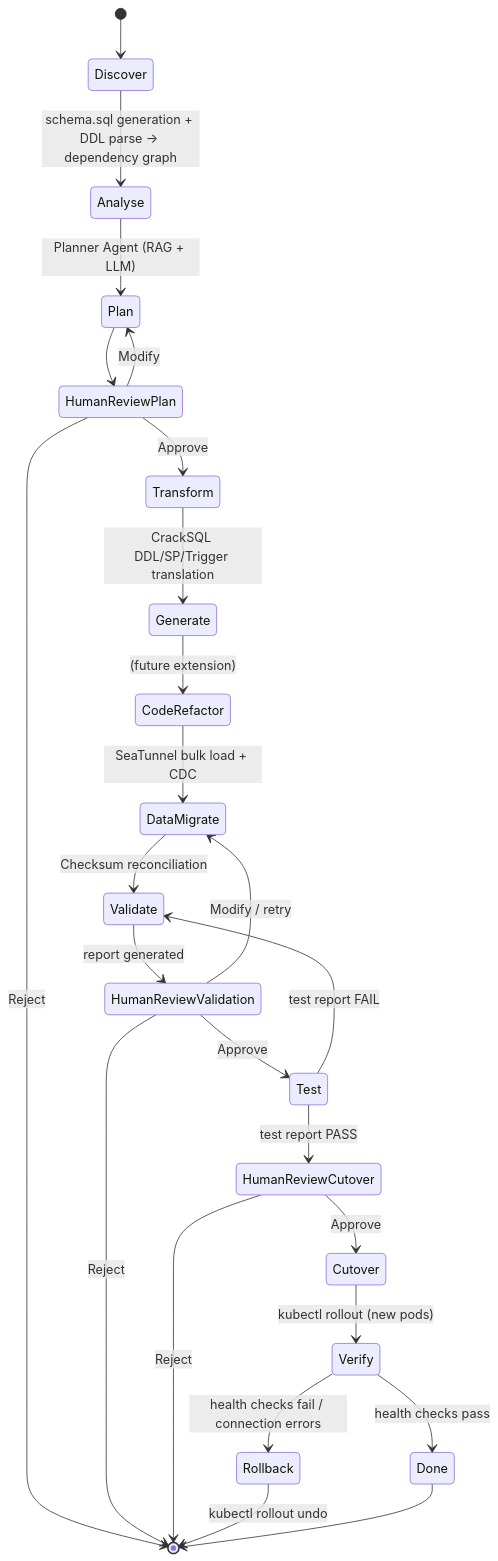
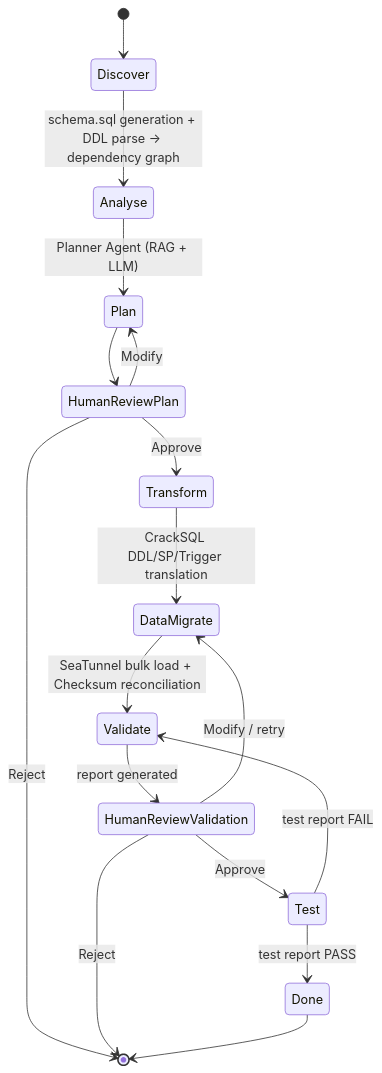
Before and after one commit to dev-patel-ness/Agentic-AI-Database-Migration: the fourth of 15 diagrams in docs/architecture.md, drawn with Mermaid. The commit also changed other lines of this file and 7 other files, not shown here.

Commit message:
Remove implementation plan and job ID file; update PowerPoint outline with detailed architecture, workflow, and demo scenarios for the Agentic AI-Powered Database Migration Platform.

````diff
--- a/docs/architecture.md
+++ b/docs/architecture.md
@@ -281,35 +257,24 @@
 ```mermaid
 stateDiagram-v2
     [*] --> Discover
     Discover --> Analyse: schema.sql generation + DDL parse -> dependency graph
     Analyse --> Plan: Planner Agent (RAG + LLM)
     Plan --> HumanReviewPlan
 
     HumanReviewPlan --> Transform: Approve
     HumanReviewPlan --> Plan: Modify
     HumanReviewPlan --> [*]: Reject
 
-    Transform --> Generate: CrackSQL DDL/SP/Trigger translation
-    Generate --> CodeRefactor: (future extension)
-    CodeRefactor --> DataMigrate: SeaTunnel bulk load + CDC
-
-    DataMigrate --> Validate: Checksum reconciliation
+    Transform --> DataMigrate: CrackSQL DDL/SP/Trigger translation
+    DataMigrate --> Validate: SeaTunnel bulk load + Checksum reconciliation
     Validate --> HumanReviewValidation: report generated
 
     HumanReviewValidation --> Test: Approve
     HumanReviewValidation --> DataMigrate: Modify / retry
     HumanReviewValidation --> [*]: Reject
 
-    Test --> HumanReviewCutover: test report PASS
+    Test --> Done: test report PASS
     Test --> Validate: test report FAIL
 
-    HumanReviewCutover --> Cutover: Approve
-    HumanReviewCutover --> [*]: Reject
-
-    Cutover --> Verify: kubectl rollout (new pods)
-    Verify --> Done: health checks pass
-    Verify --> Rollback: health checks fail / connection errors
-
-    Rollback --> [*]: kubectl rollout undo
     Done --> [*]
 ```
````
